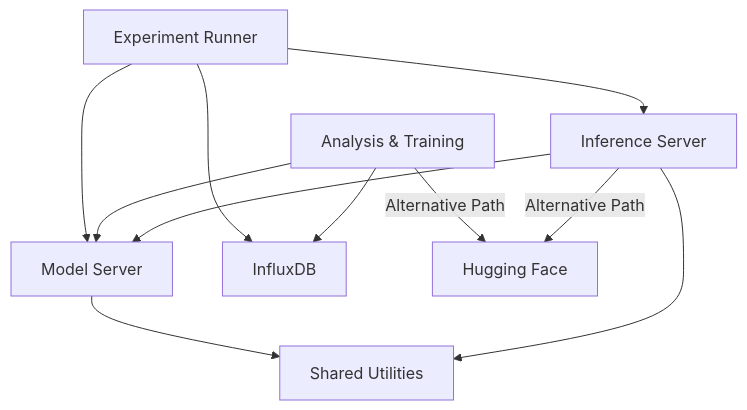
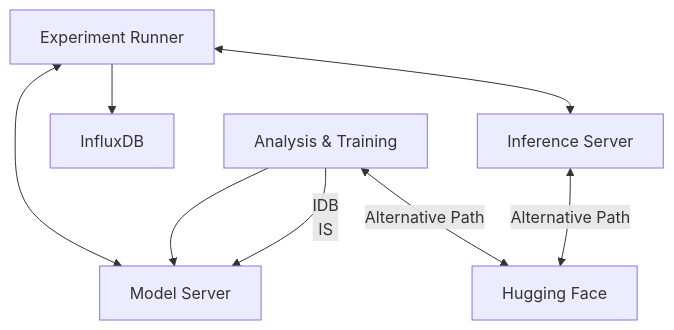
Before and after one commit to dustinmaas/simple-aiml-workflow: the diagram in README.md, drawn with Mermaid. The commit also changed other lines of this file, not shown here.

````diff
--- a/README.md
+++ b/README.md
@@ -9,13 +9,11 @@
 ```mermaid
 flowchart TD
-    ER[Experiment Runner] --> MS[Model Server]
-    ER --> IS[Inference Server]
+    ER[Experiment Runner] <--> MS[Model Server]
+    ER <--> IS[Inference Server]
     ER --> IDB[InfluxDB]
     AT[Analysis & Training] --> MS
-    AT --> IDB
-    IS --> MS
-    AT -- Alternative Path --> HF[Hugging Face]
-    IS -- Alternative Path --> HF
-    MS --> SU[Shared Utilities]
-    IS --> SU
+    AT <-- IDB
+    IS <--> MS
+    AT -- Alternative Path <--> HF[Hugging Face]
+    IS -- Alternative Path <--> HF
 ```
````
